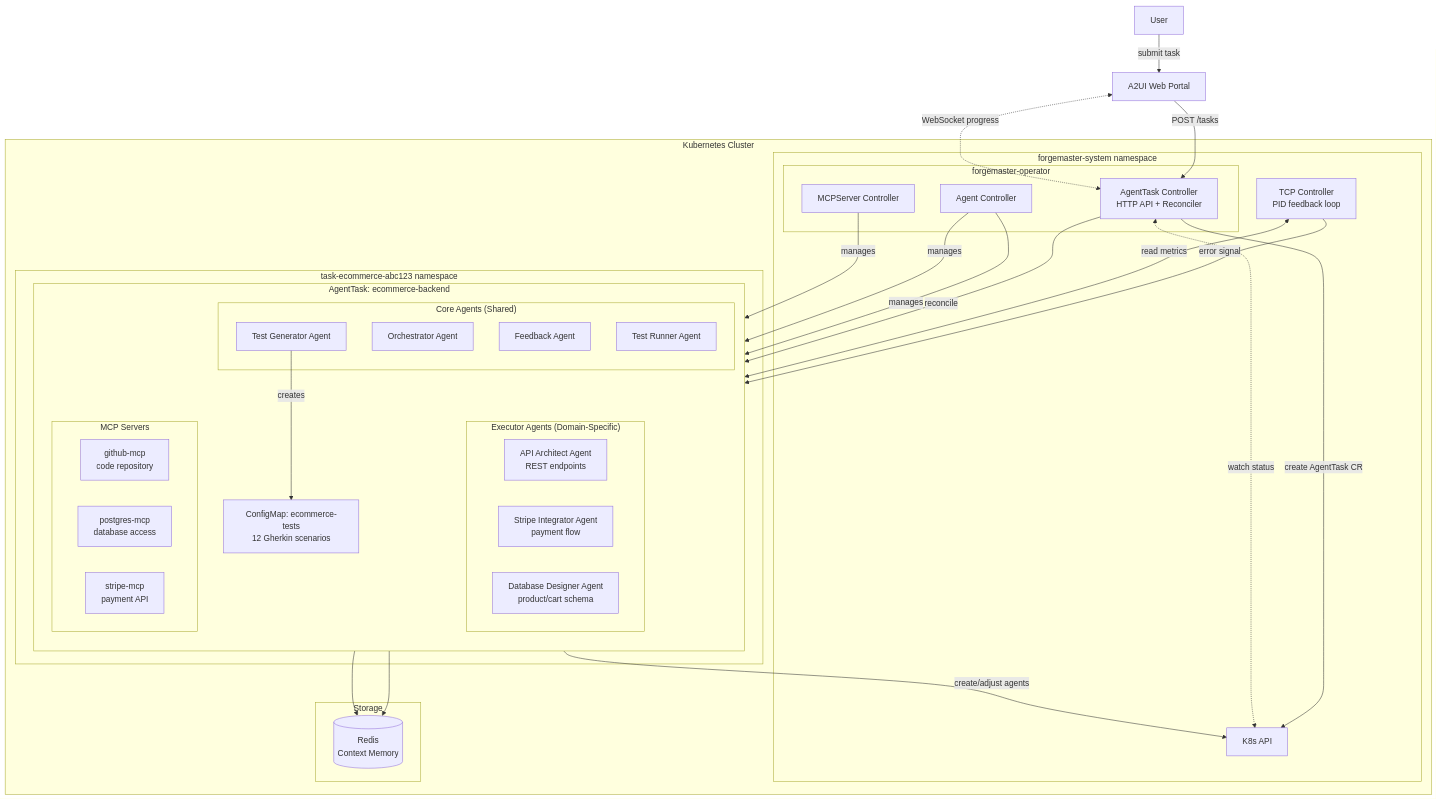
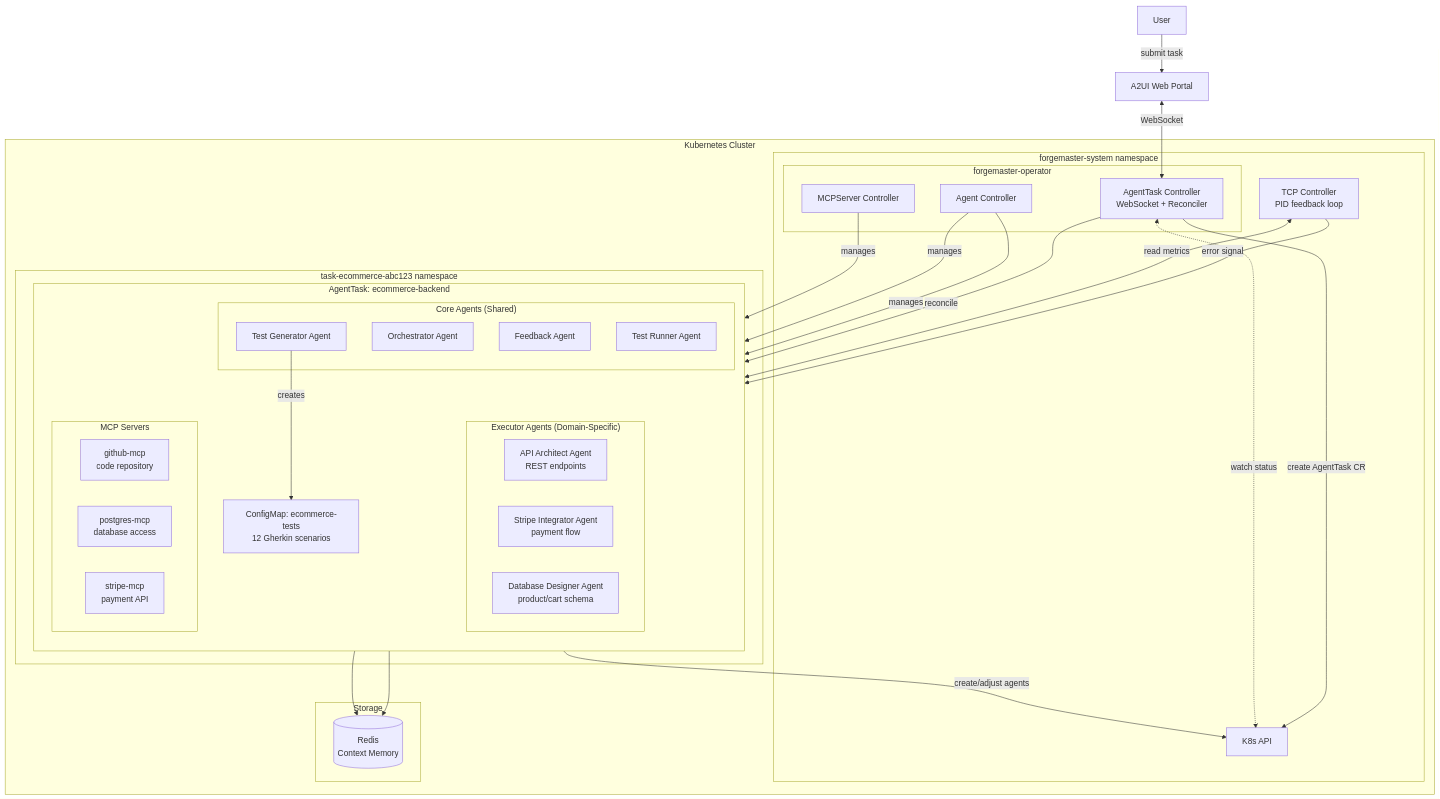
Before and after one commit to dshcherbatiuk/forgemaster: the second of 4 diagrams in docs/arch/05-k8s-deployment.md, drawn with Mermaid. The commit also changed other lines of this file and 4 other files, not shown here.

First line of the commit message:
docs: Replace legacy POST /tasks with WebSocket in architecture docs

````diff
--- a/docs/arch/05-k8s-deployment.md
+++ b/docs/arch/05-k8s-deployment.md
@@ -322,61 +322,60 @@
 ```mermaid
 flowchart TB
     U[User]
     WEB[A2UI Web Portal]
 
     subgraph Cluster["Kubernetes Cluster"]
         subgraph ControlPlane["forgemaster-system namespace"]
             API[K8s API]
             TCPC[TCP Controller<br/>PID feedback loop]
             subgraph Operator["forgemaster-operator"]
-                ATC[AgentTask Controller<br/>HTTP API + Reconciler]
+                ATC[AgentTask Controller<br/>WebSocket + Reconciler]
                 AGC[Agent Controller]
                 MCPC[MCPServer Controller]
             end
         end
 
         subgraph TaskNS["task-ecommerce-abc123 namespace"]
             subgraph Task1["AgentTask: ecommerce-backend"]
                 direction TB
                 subgraph CoreAgents["Core Agents (Shared)"]
                     TGA[Test Generator Agent]
                     OA[Orchestrator Agent]
                     FBA[Feedback Agent]
                     TRA[Test Runner Agent]
                 end
                 subgraph ExecutorAgents["Executor Agents (Domain-Specific)"]
                     AG1[API Architect Agent<br/>REST endpoints]
                     AG2[Stripe Integrator Agent<br/>payment flow]
                     AG3[Database Designer Agent<br/>product/cart schema]
                 end
                 subgraph MCPServers["MCP Servers"]
                     MCP1[github-mcp<br/>code repository]
                     MCP2[postgres-mcp<br/>database access]
                     MCP3[stripe-mcp<br/>payment API]
                 end
                 CM1["ConfigMap: ecommerce-tests<br/>12 Gherkin scenarios"]
             end
         end
 
         subgraph Storage["Storage"]
             Redis[(Redis<br/>Context Memory)]
         end
     end
 
     U -->|"submit task"| WEB
-    WEB -->|"POST /tasks"| ATC
+    WEB <-->|"WebSocket"| ATC
     ATC -->|"create AgentTask CR"| API
     ATC <-.->|"watch status"| API
-    WEB <-.->|"WebSocket progress"| ATC
 
     TCPC -->|"error signal"| OA
     TCPC <-->|"read metrics"| FBA
     OA -->|"create/adjust agents"| API
 
     ATC -->|"reconcile"| Task1
     AGC -->|"manages"| CoreAgents & ExecutorAgents
     MCPC -->|"manages"| MCPServers
     TGA -->|"creates"| CM1
 
     CoreAgents & ExecutorAgents --> Redis
 ```
````
